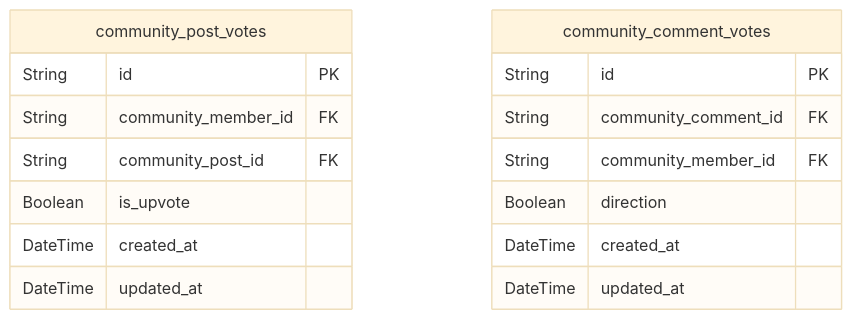
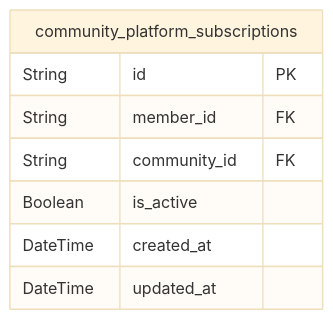
One commit to wrtnlabs/autobe-examples changed the seventh of 8 diagrams in z-ai/glm-5/reddit/docs/ERD.md. Above: the diagram before and after it, drawn with Mermaid (base theme). The commit also changed other lines of this file and 17098 other files, not shown here.

````diff
--- a/z-ai/glm-5/reddit/docs/ERD.md
+++ b/z-ai/glm-5/reddit/docs/ERD.md
@@ -1168,19 +937,11 @@
 ```mermaid
 erDiagram
-"community_post_votes" {
+"community_platform_subscriptions" {
   String id PK
-  String community_member_id FK
-  String community_post_id FK
-  Boolean is_upvote
-  DateTime created_at
-  DateTime updated_at
-}
-"community_comment_votes" {
-  String id PK
-  String community_comment_id FK
-  String community_member_id FK
-  Boolean direction
+  String member_id FK
+  String community_id FK
+  Boolean is_active
   DateTime created_at
   DateTime updated_at
 }
 ```
````
